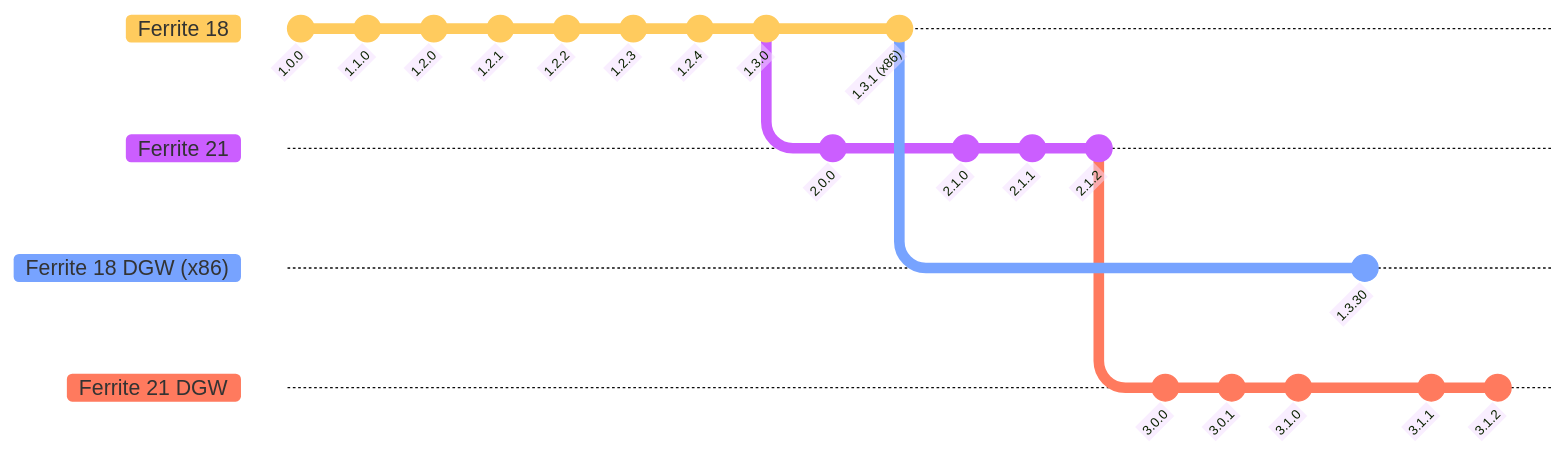
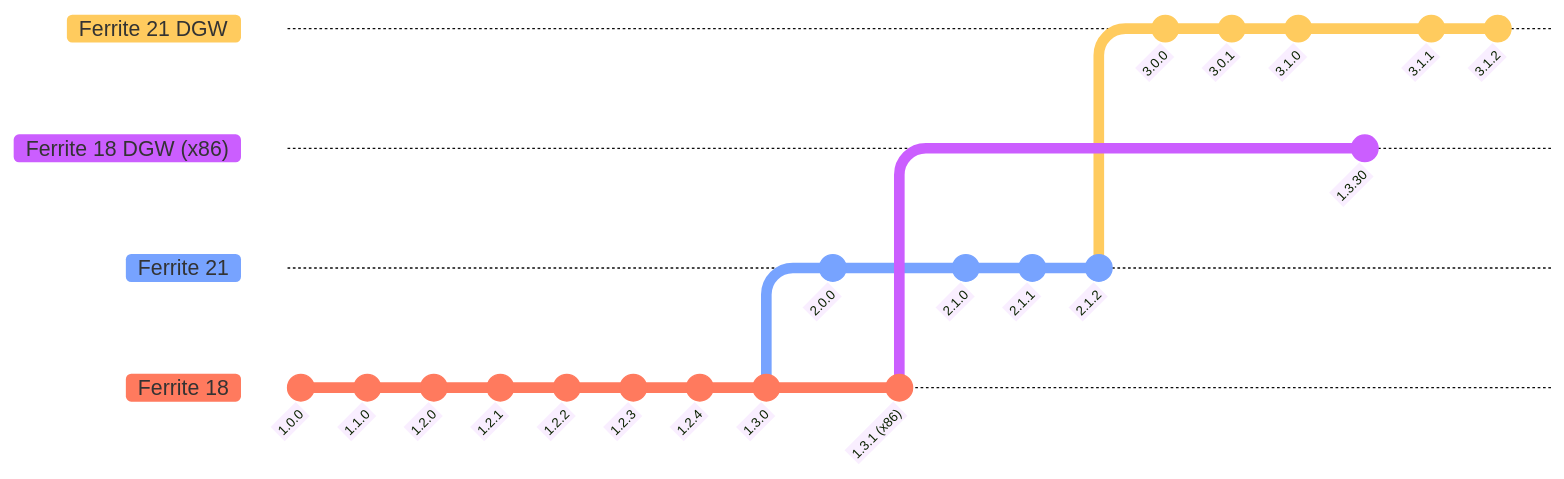
Before and after one commit to koh-gt/ferrite-core: the diagram in README.md, drawn with Mermaid.

````diff
--- a/README.md
+++ b/README.md
@@ -4,31 +4,31 @@
 ```mermaid
-    %%{init: { 'logLevel': 'debug', 'theme': 'base', 'gitGraph': {'showBranches': true, 'showCommitLabel':true,'mainBranchName': 'Ferrite 18'}} }%%
+    %%{init: { 'logLevel': 'debug', 'theme': 'base', 'gitGraph': {'showBranches': true, 'showCommitLabel':true,'mainBranchName': 'Ferrite 18', 'mainBranchOrder':4}} }%%
       gitGraph
         commit id:"1.0.0"
         commit id:"1.1.0"
         commit id:"1.2.0"
         commit id:"1.2.1"
         commit id:"1.2.2"
         commit id:"1.2.3"
         commit id:"1.2.4"
         commit id:"1.3.0"
-        branch "Ferrite 21" order: 2
+        branch "Ferrite 21" order: 3
         commit id:"2.0.0"
         checkout "Ferrite 18"
         commit id:"1.3.1 (x86)"
         checkout "Ferrite 21"
         commit id:"2.1.0"
         commit id:"2.1.1"
         commit id:"2.1.2"
-        branch "Ferrite 21 DGW" order: 4
+        branch "Ferrite 21 DGW" order: 1
         commit id:"3.0.0"
         commit id:"3.0.1"
         commit id:"3.1.0"
         checkout "Ferrite 18"
-        branch "Ferrite 18 DGW (x86)" order: 3
+        branch "Ferrite 18 DGW (x86)" order: 2
         commit id:"1.3.30"
         checkout "Ferrite 21 DGW"
         commit id:"3.1.1"
         commit id:"3.1.2"
 
 ```
````
